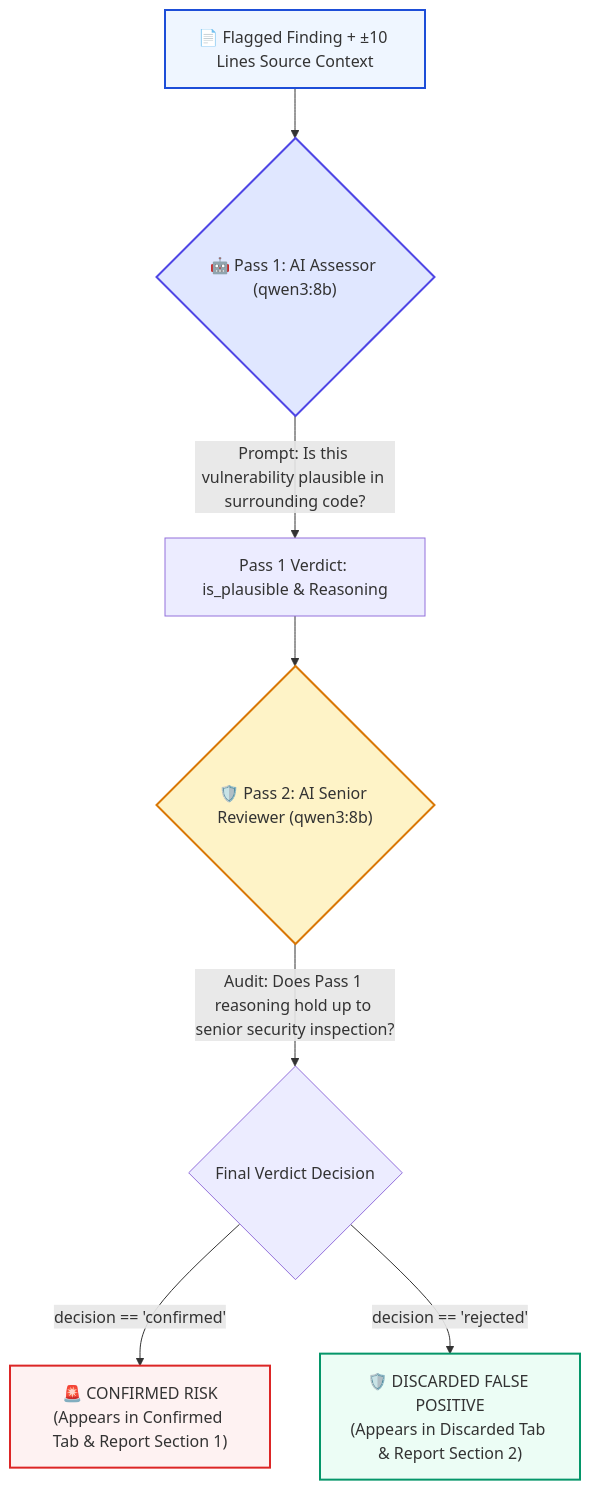
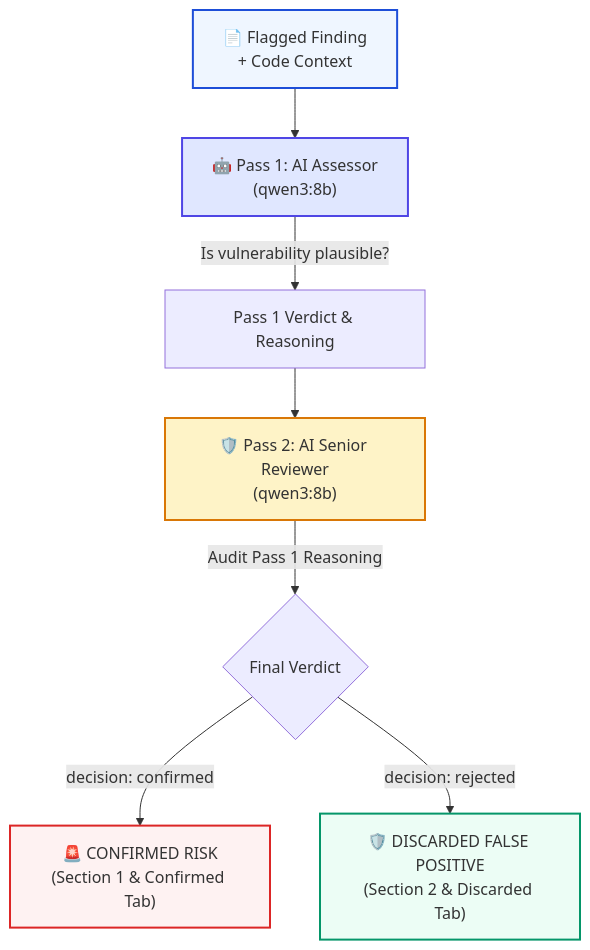
One commit to taha-mh/CCPL-SAST-DAST-Tool changed the second of 3 diagrams in docs/CODE_ARCHITECTURE_DIAGRAMS.md. Above: the diagram before and after it, drawn with Mermaid. The commit also changed other lines of this file, not shown here.

Commit message:
Optimize Mermaid diagram layouts for clean GitHub rendering

````diff
--- a/docs/CODE_ARCHITECTURE_DIAGRAMS.md
+++ b/docs/CODE_ARCHITECTURE_DIAGRAMS.md
@@ -68,19 +64,19 @@
 ```mermaid
 flowchart TD
-    A["📄 Flagged Finding + ±10 Lines Source Context"] --> B{"🤖 Pass 1: AI Assessor (qwen3:8b)"}
+    A["📄 Flagged Finding<br/>+ Code Context"] --> B["🤖 Pass 1: AI Assessor<br/>(qwen3:8b)"]
     
-    B -->|"Prompt: Is this vulnerability plausible in surrounding code?"| C["Pass 1 Verdict: is_plausible & Reasoning"]
+    B -->|"Is vulnerability plausible?"| C["Pass 1 Verdict & Reasoning"]
     
-    C --> D{"🛡️ Pass 2: AI Senior Reviewer (qwen3:8b)"}
+    C --> D["🛡️ Pass 2: AI Senior Reviewer<br/>(qwen3:8b)"]
     
-    D -->|"Audit: Does Pass 1 reasoning hold up to senior security inspection?"| E{"Final Verdict Decision"}
+    D -->|"Audit Pass 1 Reasoning"| E{"Final Verdict"}
     
-    E -->|"decision == 'confirmed'"| F["🚨 CONFIRMED RISK\n(Appears in Confirmed Tab & Report Section 1)"]
-    E -->|"decision == 'rejected'"| G["🛡️ DISCARDED FALSE POSITIVE\n(Appears in Discarded Tab & Report Section 2)"]
+    E -->|"decision: confirmed"| F["🚨 CONFIRMED RISK<br/>(Section 1 & Confirmed Tab)"]
+    E -->|"decision: rejected"| G["🛡️ DISCARDED FALSE POSITIVE<br/>(Section 2 & Discarded Tab)"]
 
     style A fill:#eff6ff,stroke:#1d4ed8,stroke-width:2px;
     style B fill:#e0e7ff,stroke:#4f46e5,stroke-width:2px;
     style D fill:#fef3c7,stroke:#d97706,stroke-width:2px;
     style F fill:#fef2f2,stroke:#dc2626,stroke-width:2px;
     style G fill:#ecfdf5,stroke:#059669,stroke-width:2px;
 ```
````
